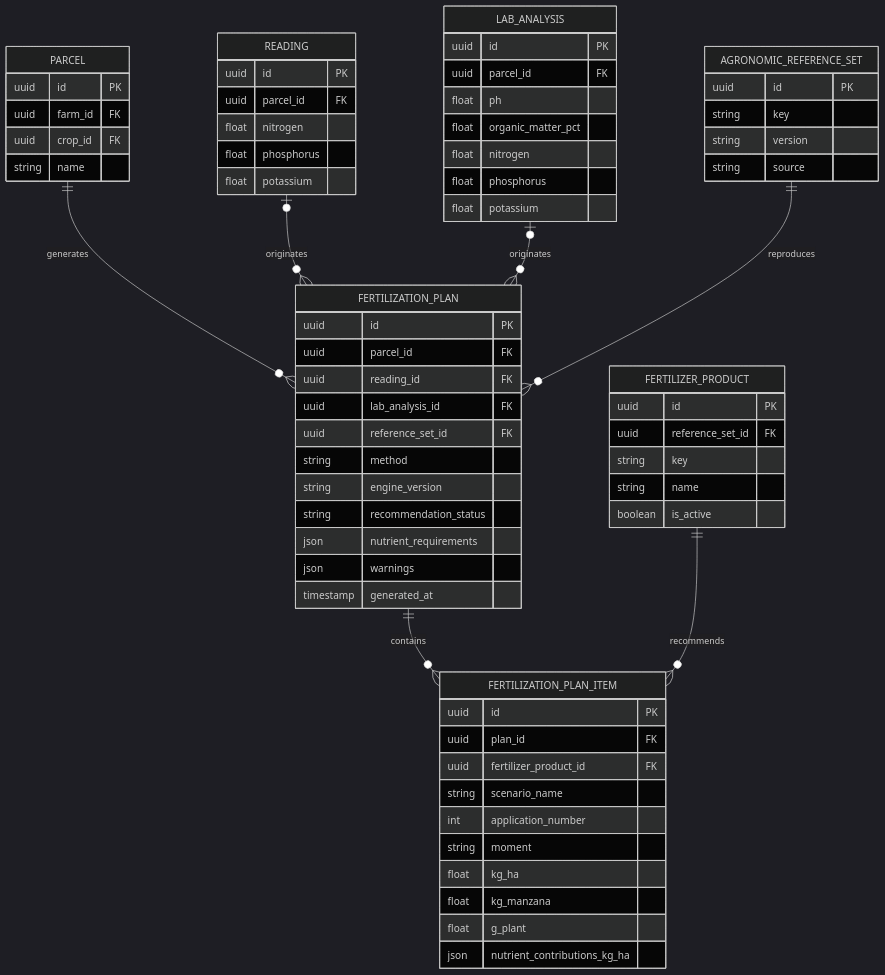
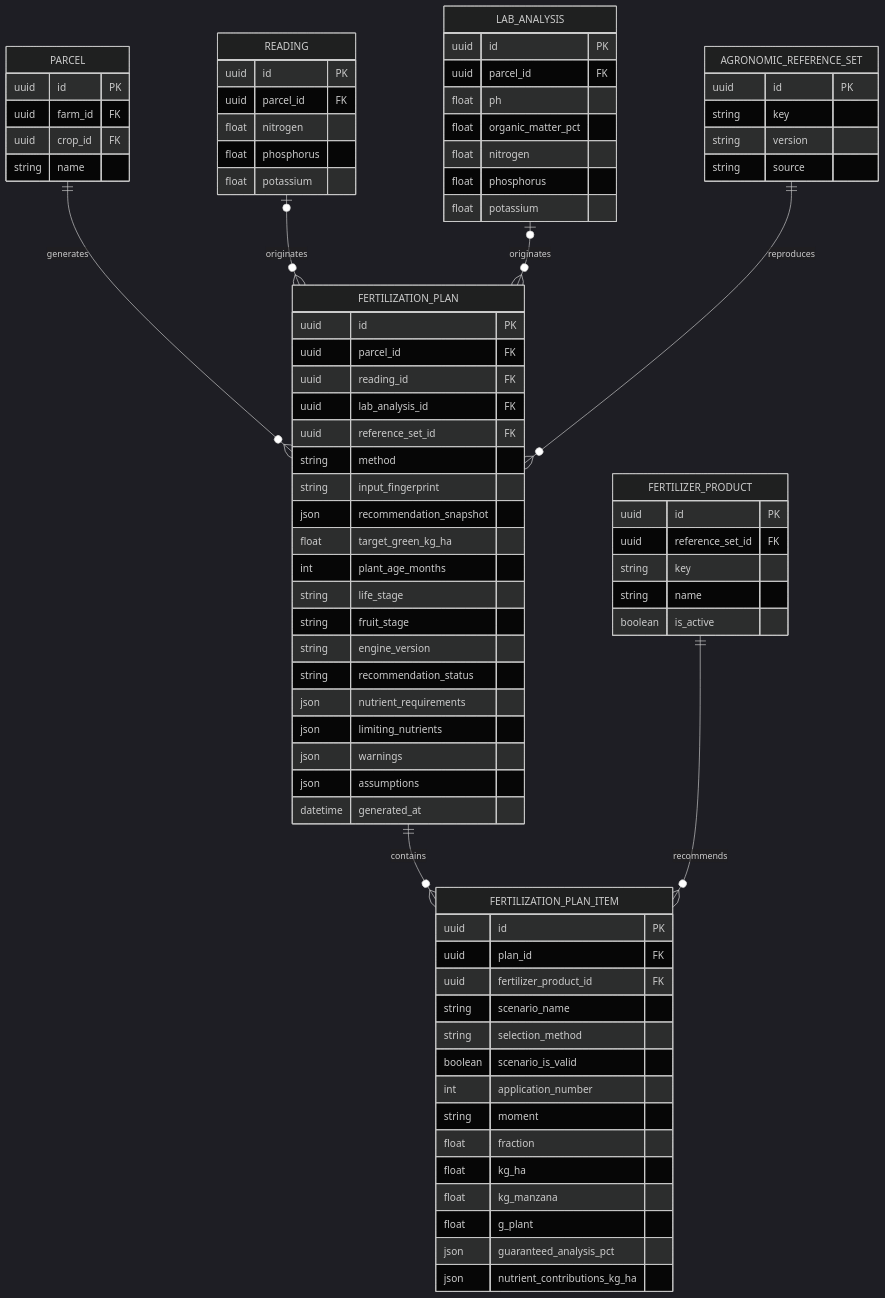
Before and after one commit to ferjovel06/Agrifos-Pre-Hackathon: the diagram in docs/diagrams/er_diagrams/er_fertilization_plans.mmd, drawn with Mermaid (dark theme). The commit also changed 5 other files, not shown here.

Commit message:
docs: update readme and diagrams

```diff
--- a/docs/diagrams/er_diagrams/er_fertilization_plans.mmd
+++ b/docs/diagrams/er_diagrams/er_fertilization_plans.mmd
@@ -1,68 +1,80 @@
 erDiagram
   PARCEL ||--o{ FERTILIZATION_PLAN : generates
   READING o|--o{ FERTILIZATION_PLAN : originates
   LAB_ANALYSIS o|--o{ FERTILIZATION_PLAN : originates
   AGRONOMIC_REFERENCE_SET ||--o{ FERTILIZATION_PLAN : reproduces
   FERTILIZATION_PLAN ||--o{ FERTILIZATION_PLAN_ITEM : contains
   FERTILIZER_PRODUCT ||--o{ FERTILIZATION_PLAN_ITEM : recommends
 
   PARCEL {
     uuid id PK
     uuid farm_id FK
     uuid crop_id FK
     string name
   }
   READING {
     uuid id PK
     uuid parcel_id FK
     float nitrogen
     float phosphorus
     float potassium
   }
   LAB_ANALYSIS {
     uuid id PK
     uuid parcel_id FK
     float ph
     float organic_matter_pct
     float nitrogen
     float phosphorus
     float potassium
   }
   AGRONOMIC_REFERENCE_SET {
     uuid id PK
     string key
     string version
     string source
   }
   FERTILIZER_PRODUCT {
     uuid id PK
     uuid reference_set_id FK
     string key
     string name
     boolean is_active
   }
   FERTILIZATION_PLAN {
     uuid id PK
     uuid parcel_id FK
     uuid reading_id FK
     uuid lab_analysis_id FK
     uuid reference_set_id FK
     string method
+    string input_fingerprint
+    json recommendation_snapshot
+    float target_green_kg_ha
+    int plant_age_months
+    string life_stage
+    string fruit_stage
     string engine_version
     string recommendation_status
     json nutrient_requirements
+    json limiting_nutrients
     json warnings
-    timestamp generated_at
+    json assumptions
+    datetime generated_at
   }
   FERTILIZATION_PLAN_ITEM {
     uuid id PK
     uuid plan_id FK
     uuid fertilizer_product_id FK
     string scenario_name
+    string selection_method
+    boolean scenario_is_valid
     int application_number
     string moment
+    float fraction
     float kg_ha
     float kg_manzana
     float g_plant
+    json guaranteed_analysis_pct
     json nutrient_contributions_kg_ha
   }
```
